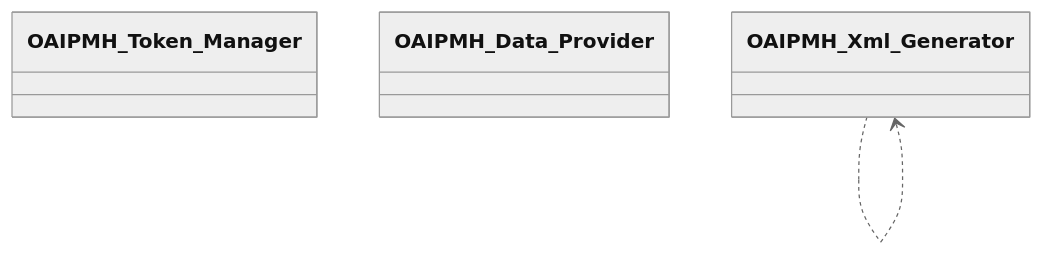
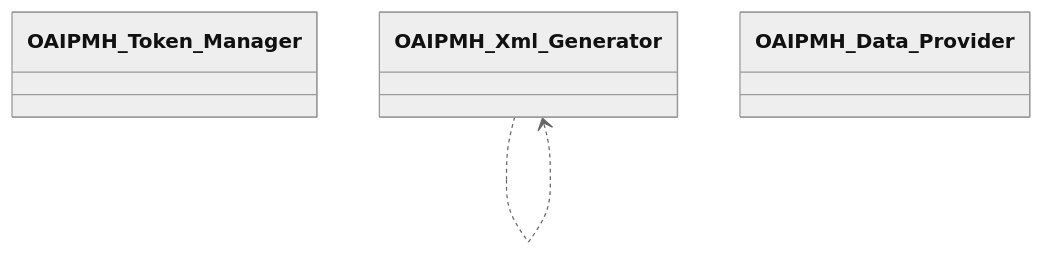
The diagram in docs/diagrams/tainacan-namespace-Tainacan-OAIPMH.mmd (tainacan/tainacan), drawn with Mermaid (neutral theme) before and after one commit. The commit also changed other lines of this file and 61 other files, not shown here.

```diff
--- a/docs/diagrams/tainacan-namespace-Tainacan-OAIPMH.mmd
+++ b/docs/diagrams/tainacan-namespace-Tainacan-OAIPMH.mmd
@@ -1,6 +1,6 @@
 classDiagram
     direction TB
     class OAIPMH_Token_Manager { }
+    class OAIPMH_Xml_Generator { }
     class OAIPMH_Data_Provider { }
-    class OAIPMH_Xml_Generator { }
     OAIPMH_Xml_Generator ..> OAIPMH_Xml_Generator
```
